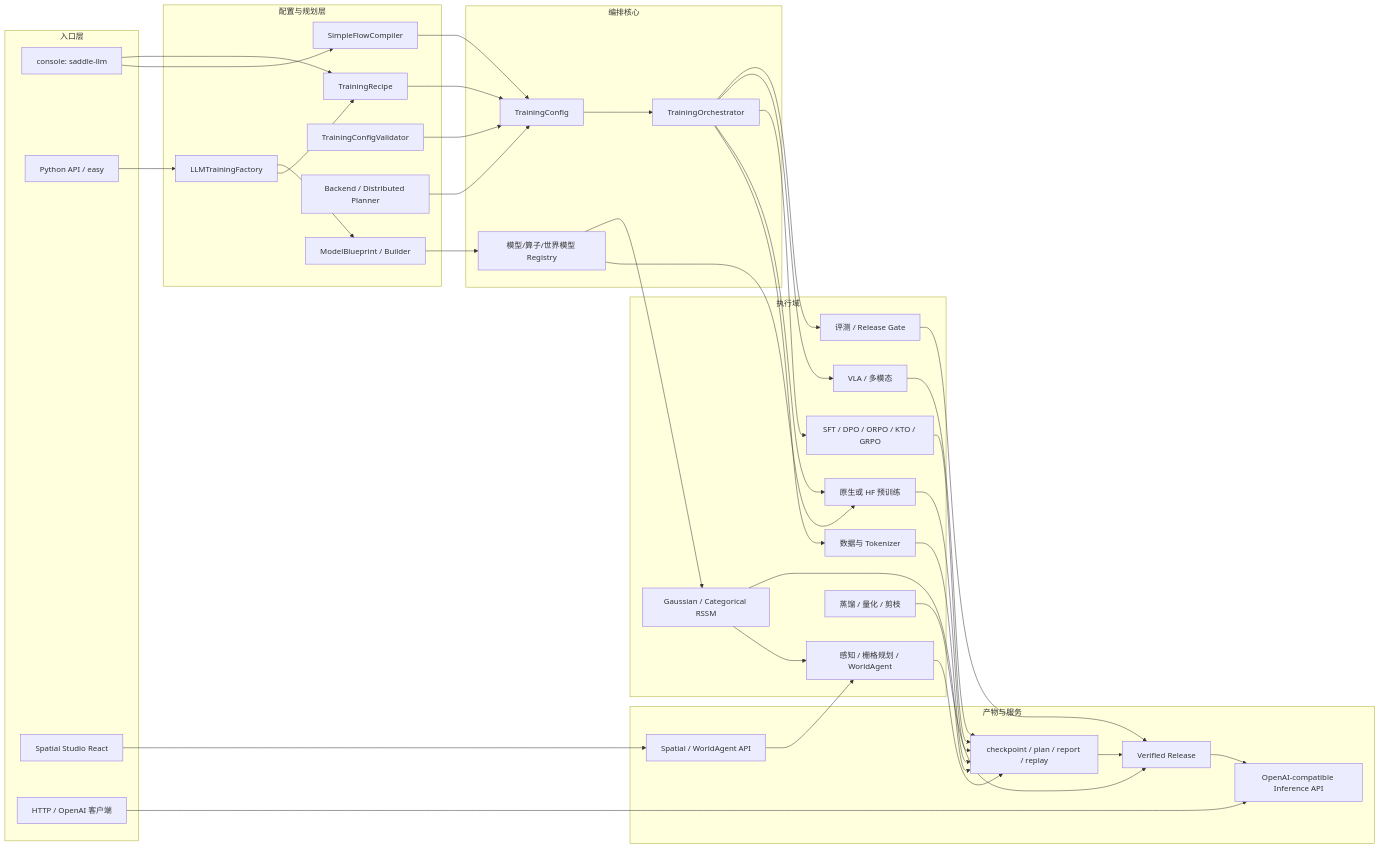
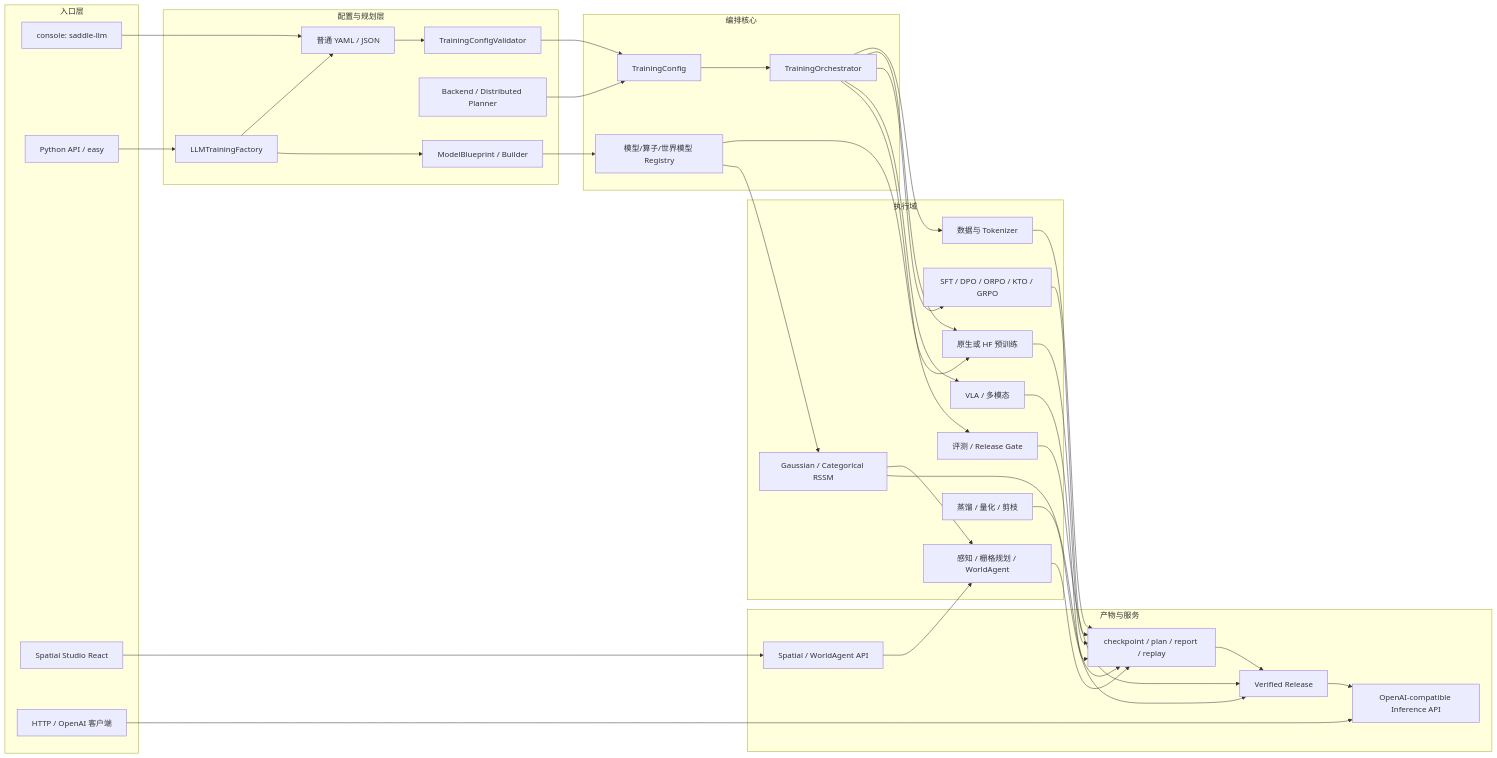
The first of 11 diagrams in docs/ARCHITECTURE.md (niqinggood/saddlellm), drawn with Mermaid before and after one commit. The commit also changed other lines of this file and 274 other files, not shown here.

````diff
--- a/docs/ARCHITECTURE.md
+++ b/docs/ARCHITECTURE.md
@@ -44,75 +70,72 @@
 ```mermaid
 flowchart LR
     subgraph Entry[入口层]
         CLI[console: saddle-llm]
         API[Python API / easy]
         Studio[Spatial Studio React]
         Client[HTTP / OpenAI 客户端]
     end
 
     subgraph Compile[配置与规划层]
-        Flow[SimpleFlowCompiler]
-        Recipe[TrainingRecipe]
+        File[普通 YAML / JSON]
         Factory[LLMTrainingFactory]
         Validate[TrainingConfigValidator]
         Backend[Backend / Distributed Planner]
         Blueprint[ModelBlueprint / Builder]
     end
 
     subgraph Core[编排核心]
         Config[TrainingConfig]
         Orch[TrainingOrchestrator]
         Registry[模型/算子/世界模型 Registry]
     end
 
     subgraph Execution[执行域]
         Data[数据与 Tokenizer]
         Pretrain[原生或 HF 预训练]
         Post[SFT / DPO / ORPO / KTO / GRPO]
         MM[VLA / 多模态]
         WM[Gaussian / Categorical RSSM]
         Spatial[感知 / 栅格规划 / WorldAgent]
         Eval[评测 / Release Gate]
         Compress[蒸馏 / 量化 / 剪枝]
     end
 
     subgraph Delivery[产物与服务]
         Artifact[checkpoint / plan / report / replay]
         Export[Verified Release]
         Infer[OpenAI-compatible Inference API]
         SpatialAPI[Spatial / WorldAgent API]
     end
 
-    CLI --> Flow
-    CLI --> Recipe
+    CLI --> File
     API --> Factory
-    Factory --> Recipe
+    Factory --> File
     Factory --> Blueprint
-    Flow --> Config
-    Recipe --> Config
+    File --> Validate
     Validate --> Config
     Backend --> Config
     Blueprint --> Registry
     Config --> Orch
     Orch --> Data
     Orch --> Pretrain
     Orch --> Post
     Orch --> MM
     Registry --> Pretrain
     Registry --> WM
     WM --> Spatial
     Studio --> SpatialAPI
     Client --> Infer
     SpatialAPI --> Spatial
     Data --> Artifact
     Pretrain --> Artifact
     Post --> Artifact
     MM --> Artifact
     WM --> Artifact
     Spatial --> Artifact
     Orch --> Eval
     Eval --> Export
     Artifact --> Export
     Export --> Infer
     Compress --> Export
 ```
````
